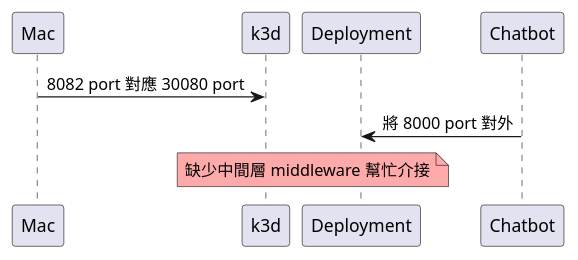
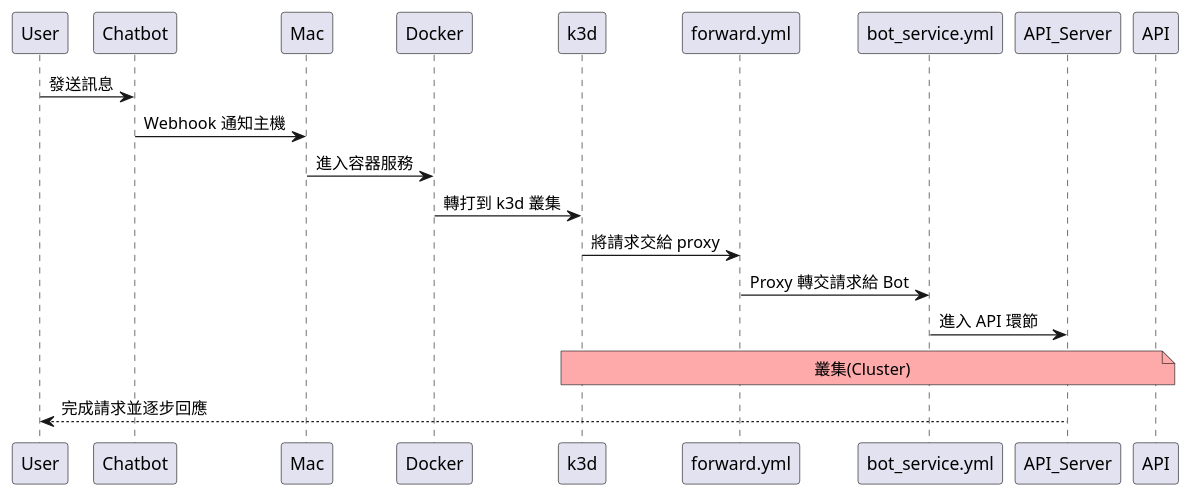
Before and after one commit to louis70109/nijia-blog-backup: the diagram in source/diagrams/src/pleague.wsd, drawn with PlantUML. The commit also changed 1 other file, not shown here.

```diff
--- a/source/diagrams/src/pleague.wsd
+++ b/source/diagrams/src/pleague.wsd
@@ -1,7 +1,13 @@
 @startuml
-Mac->k3d: 8082 port 對應 30080 port
+User->Chatbot: 發送訊息
+Chatbot->Mac: Webhook 通知主機
+Mac->Docker: 進入容器服務
+Docker->k3d: 轉打到 k3d 叢集
 
+k3d->forward.yml: 將請求交給 proxy
+forward.yml->bot_service.yml: Proxy 轉交請求給 Bot
+bot_service.yml->API_Server: 進入 API 環節
+note over k3d, API #FFAAAA: 叢集(Cluster)
 
-Deployment<-Chatbot: 將 8000 port 對外
-note over k3d, Deployment #FFAAAA: 缺少中間層 middleware 幫忙介接
+API_Server-->User: 完成請求並逐步回應
 @enduml
```
